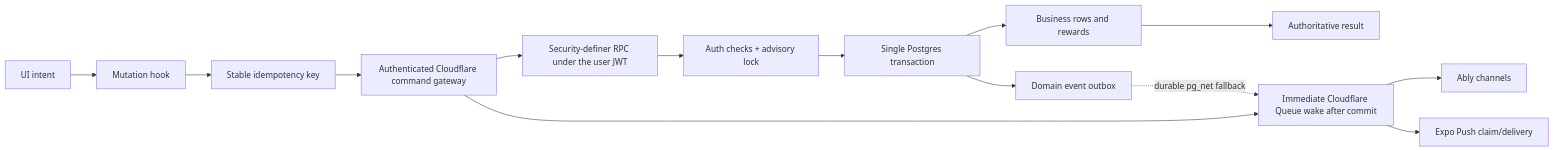
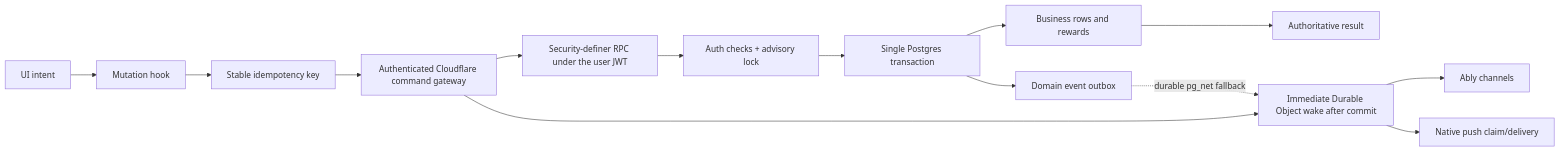
The fourth of 4 diagrams in DOJI_CONTEXT.md (faheygs/doji), drawn with Mermaid before and after one commit. The commit also changed other lines of this file and 161 other files, not shown here.

````diff
--- a/DOJI_CONTEXT.md
+++ b/DOJI_CONTEXT.md
@@ -311,16 +320,16 @@
 ```mermaid
 flowchart LR
   UI[UI intent] --> Hook[Mutation hook]
   Hook --> Key[Stable idempotency key]
   Key --> Gateway[Authenticated Cloudflare command gateway]
   Gateway --> RPC[Security-definer RPC under the user JWT]
   RPC --> Lock[Auth checks + advisory lock]
   Lock --> Tx[Single Postgres transaction]
   Tx --> Rows[Business rows and rewards]
   Tx --> Outbox[Domain event outbox]
   Rows --> Result[Authoritative result]
-  Gateway --> Queue[Immediate Cloudflare Queue wake after commit]
-  Outbox -. durable pg_net fallback .-> Queue
-  Queue --> Ably[Ably channels]
-  Queue --> Push[Expo Push claim/delivery]
+  Gateway --> Relay[Immediate Durable Object wake after commit]
+  Outbox -. durable pg_net fallback .-> Relay
+  Relay --> Ably[Ably channels]
+  Relay --> Push[Native push claim/delivery]
 ```
````
